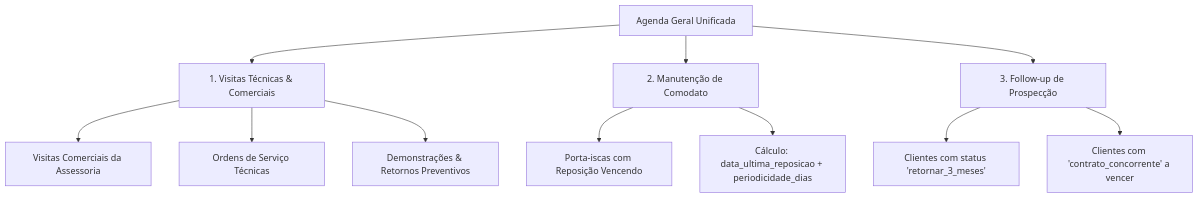
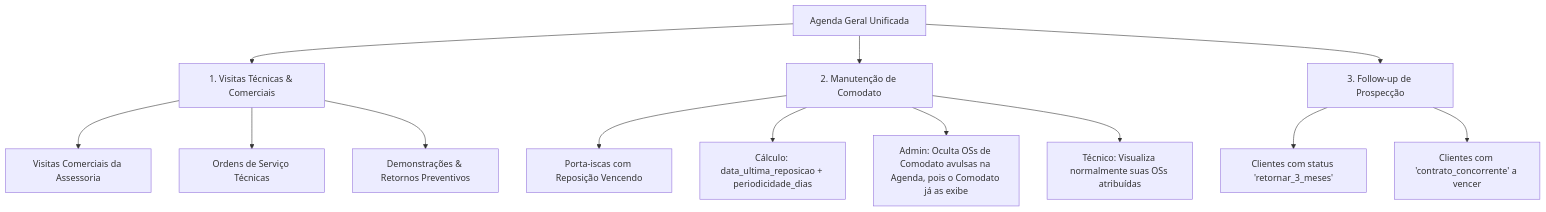
One commit to mhsilva555/erp-alaris changed the third of 5 diagrams in ARCHITECTURE.md. Above: the diagram before and after it, drawn with Mermaid. The commit also changed other lines of this file and 38 other files, not shown here.

````diff
--- a/ARCHITECTURE.md
+++ b/ARCHITECTURE.md
@@ -281,16 +288,18 @@
 ```mermaid
 graph TD
     A[Agenda Geral Unificada] --> B[1. Visitas Técnicas & Comerciais]
     A --> C[2. Manutenção de Comodato]
     A --> D[3. Follow-up de Prospecção]
 
     B --> B1[Visitas Comerciais da Assessoria]
     B --> B2[Ordens de Serviço Técnicas]
     B --> B3[Demonstrações & Retornos Preventivos]
 
     C --> C1[Porta-iscas com Reposição Vencendo]
     C --> C2[Cálculo: data_ultima_reposicao + periodicidade_dias]
+    C --> C3[Admin: Oculta OSs de Comodato avulsas na Agenda, pois o Comodato já as exibe]
+    C --> C4[Técnico: Visualiza normalmente suas OSs atribuídas]
 
     D --> D1[Clientes com status 'retornar_3_meses']
     D --> D2[Clientes com 'contrato_concorrente' a vencer]
 ```
````
